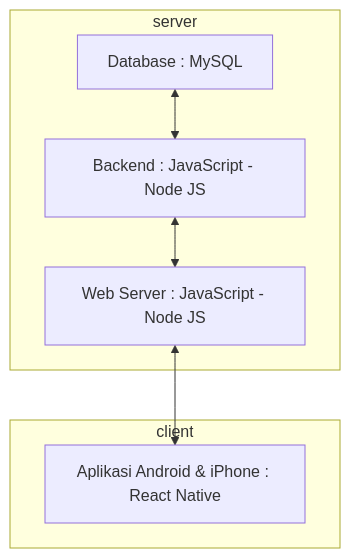
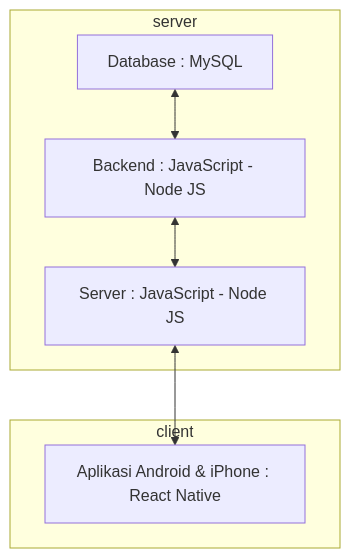
One commit to joelaey/Design changed the second of 2 diagrams in AJS.md. Above: the diagram before and after it, drawn with Mermaid.

````diff
--- a/AJS.md
+++ b/AJS.md
@@ -104,11 +104,11 @@
 ```mermaid
   flowchart TD
     subgraph server
          A[Database : MySQL] <-->B[Backend : JavaScript - Node JS]
-         B <--> C[Web Server : JavaScript - Node JS]
+         B <--> C[Server : JavaScript - Node JS]
     end
 
     subgraph client
          C <-->D[Aplikasi Android & iPhone : React Native]
     end
 ```
````
